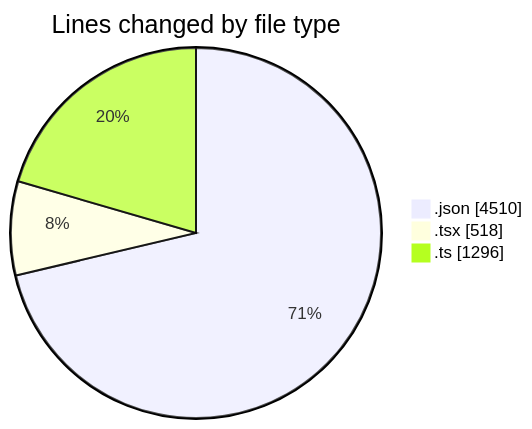
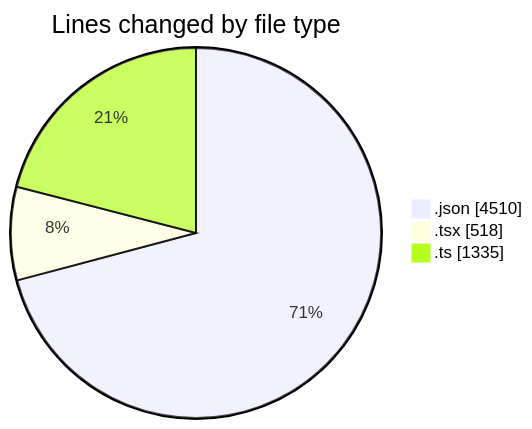
Before and after one commit to CELIANVF/code-tracking: the first of 2 diagrams in 2025-05-05/ecodeli/README.md, drawn with Mermaid. The commit also changed other lines of this file and 1 other file, not shown here.

````diff
--- a/2025-05-05/ecodeli/README.md
+++ b/2025-05-05/ecodeli/README.md
@@ -27,7 +27,7 @@
 ```mermaid
 pie showData
 title Lines changed by file type
 ".json" : 4510
 ".tsx" : 518
-".ts" : 1296
+".ts" : 1335
 ```
````
